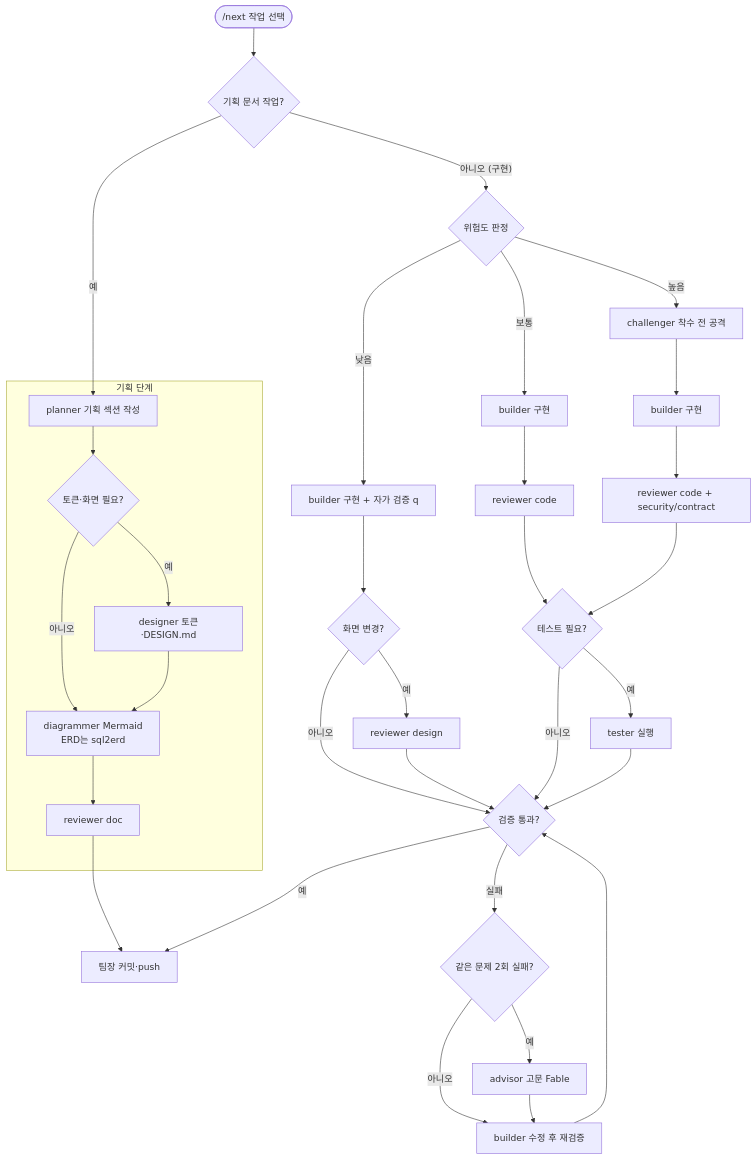
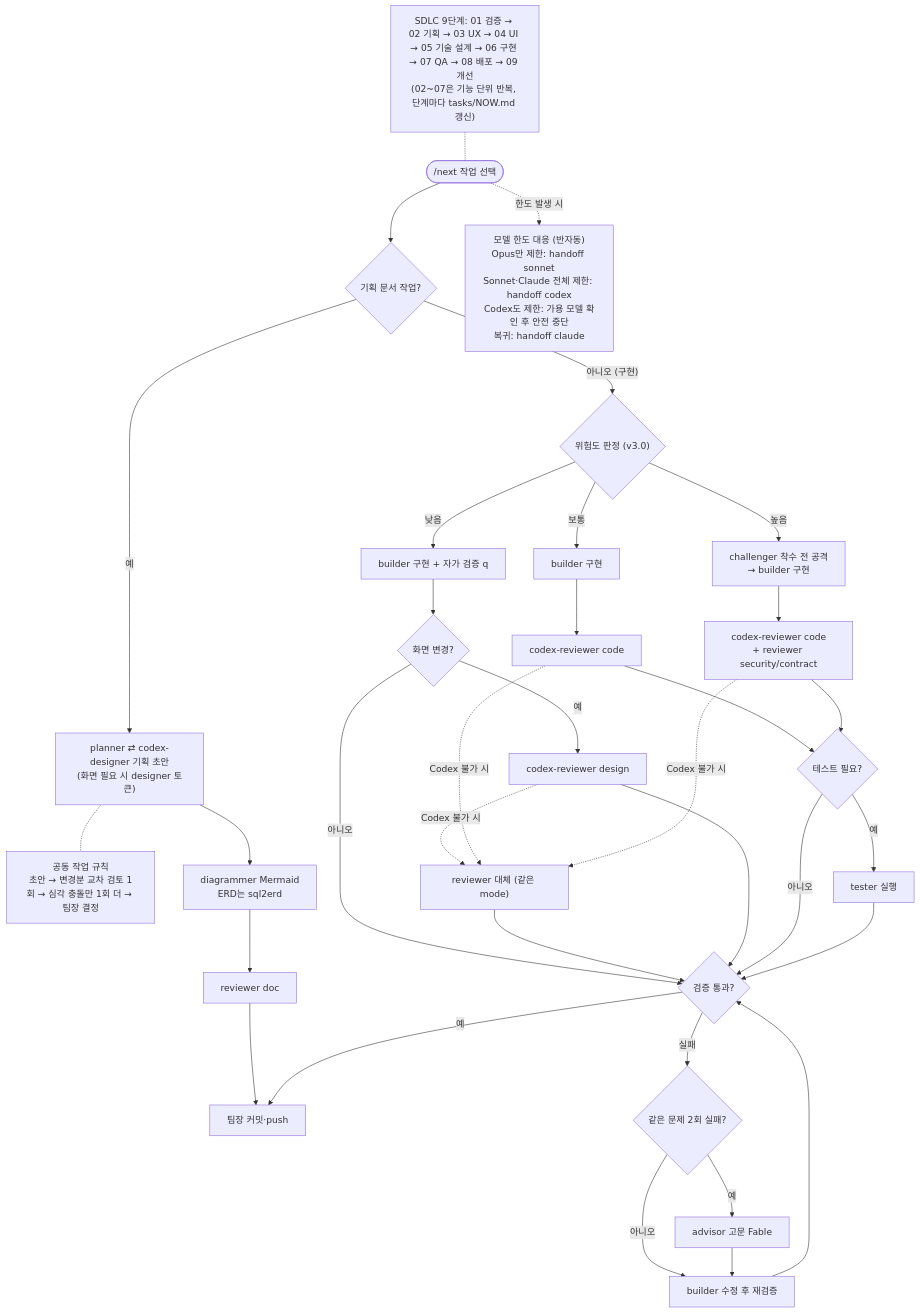
One commit to DevOps0906/Arch-Studio changed the diagram in docs/diagrams/team-workflow.mmd. Above: the diagram before and after it, drawn with Mermaid. The commit also changed 6 other files, not shown here.

```diff
--- a/docs/diagrams/team-workflow.mmd
+++ b/docs/diagrams/team-workflow.mmd
@@ -1,40 +1,42 @@
 flowchart TD
+  sdlc["SDLC 9단계: 01 검증 → 02 기획 → 03 UX → 04 UI → 05 기술 설계 → 06 구현 → 07 QA → 08 배포 → 09 개선<br/>(02~07은 기능 단위 반복, 단계마다 tasks/NOW.md 갱신)"]
   start(["/next 작업 선택"]) --> kind{"기획 문서 작업?"}
+  lim["모델 한도 대응 (반자동)<br/>Opus만 제한: handoff sonnet<br/>Sonnet·Claude 전체 제한: handoff codex<br/>Codex도 제한: 가용 모델 확인 후 안전 중단<br/>복귀: handoff claude"]
+  start -.->|"한도 발생 시"| lim
+  sdlc -.- start
 
-  subgraph plan["기획 단계"]
-    pl["planner 기획 섹션 작성"] --> ds{"토큰·화면 필요?"}
-    ds -->|"예"| dz["designer 토큰·DESIGN.md"]
-    ds -->|"아니오"| dg["diagrammer Mermaid<br/>ERD는 sql2erd"]
-    dz --> dg
-    dg --> rd["reviewer doc"]
-  end
-
-  kind -->|"예"| pl
+  co["공동 작업 규칙<br/>초안 → 변경분 교차 검토 1회 → 심각 충돌만 1회 더 → 팀장 결정"]
+  kind -->|"예"| pl["planner ⇄ codex-designer 기획 초안<br/>(화면 필요 시 designer 토큰)"]
+  pl -.- co
+  pl --> dg["diagrammer Mermaid<br/>ERD는 sql2erd"]
+  dg --> rd["reviewer doc"]
   rd --> commit
 
-  kind -->|"아니오 (구현)"| risk{"위험도 판정"}
-
+  kind -->|"아니오 (구현)"| risk{"위험도 판정 (v3.0)"}
   risk -->|"낮음"| low["builder 구현 + 자가 검증 q"]
   risk -->|"보통"| mid["builder 구현"]
-  risk -->|"높음"| ch["challenger 착수 전 공격"]
-  ch --> hi["builder 구현"]
+  risk -->|"높음"| ch["challenger 착수 전 공격<br/>→ builder 구현"]
 
   low --> ui{"화면 변경?"}
-  ui -->|"예"| rdes["reviewer design"]
+  ui -->|"예"| rdes["codex-reviewer design"]
   ui -->|"아니오"| ok
+  mid --> rcode["codex-reviewer code"]
+  ch --> rsec["codex-reviewer code<br/>+ reviewer security/contract"]
+
+  rdes -.->|"Codex 불가 시"| rv["reviewer 대체 (같은 mode)"]
+  rcode -.->|"Codex 불가 시"| rv
+  rsec -.->|"Codex 불가 시"| rv
+  rv --> ok
   rdes --> ok
-
-  mid --> rcode["reviewer code"]
-  hi --> rsec["reviewer code + security/contract"]
   rcode --> tneed{"테스트 필요?"}
   rsec --> tneed
   tneed -->|"예"| tst["tester 실행"]
   tneed -->|"아니오"| ok
   tst --> ok
 
   ok{"검증 통과?"} -->|"예"| commit["팀장 커밋·push"]
   ok -->|"실패"| fails{"같은 문제 2회 실패?"}
   fails -->|"아니오"| fix["builder 수정 후 재검증"]
   fails -->|"예"| adv["advisor 고문 Fable"]
   fix --> ok
   adv --> fix
```
